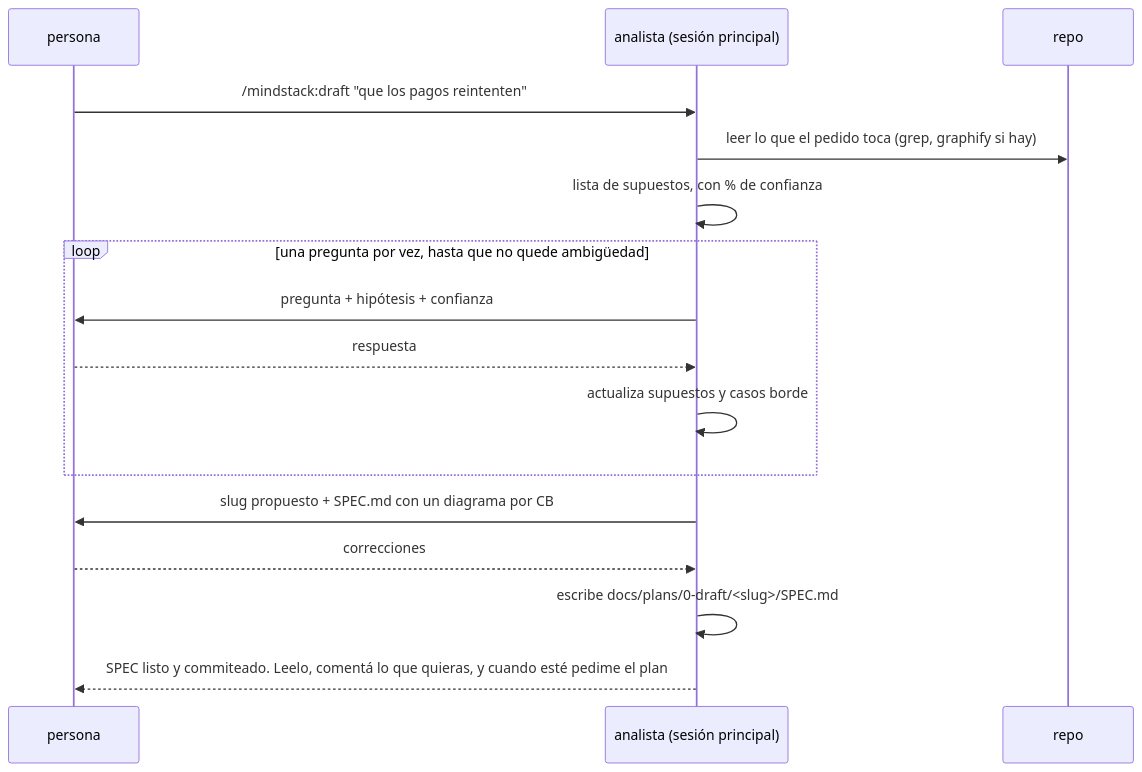
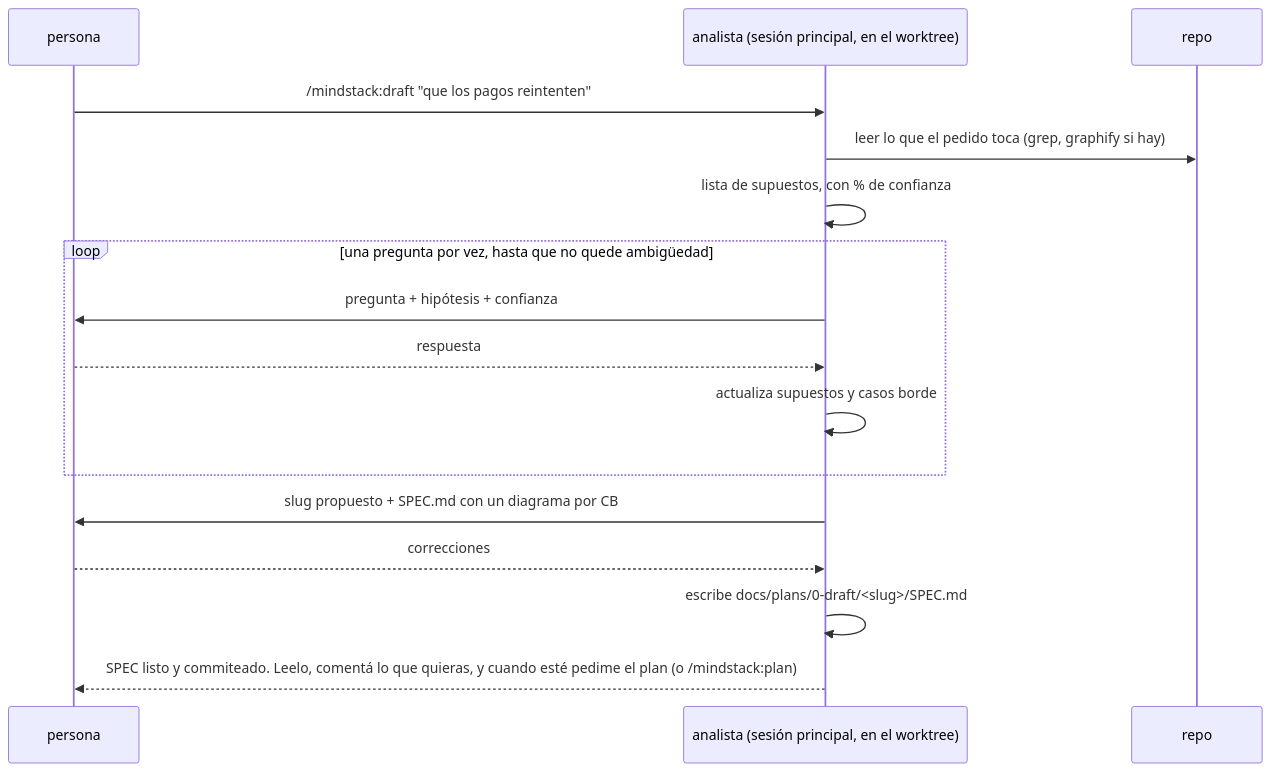
One commit to octavio-parozlabs/mindstack changed the first of 2 diagrams in skills/workflow/references/analyze.md. Above: the diagram before and after it, drawn with Mermaid. The commit also changed other lines of this file and 17 other files, not shown here.

````diff
--- a/skills/workflow/references/analyze.md
+++ b/skills/workflow/references/analyze.md
@@ -5,18 +5,18 @@
 ```mermaid
 sequenceDiagram
     participant P as persona
-    participant A as analista (sesión principal)
+    participant A as analista (sesión principal, en el worktree)
     participant R as repo
     P->>A: /mindstack:draft "que los pagos reintenten"
     A->>R: leer lo que el pedido toca (grep, graphify si hay)
     A->>A: lista de supuestos, con % de confianza
     loop una pregunta por vez, hasta que no quede ambigüedad
         A->>P: pregunta + hipótesis + confianza
         P-->>A: respuesta
         A->>A: actualiza supuestos y casos borde
     end
     A->>P: slug propuesto + SPEC.md con un diagrama por CB
     P-->>A: correcciones
     A->>A: escribe docs/plans/0-draft/<slug>/SPEC.md
-    A-->>P: SPEC listo y commiteado. Leelo, comentá lo que quieras, y cuando esté pedime el plan
+    A-->>P: SPEC listo y commiteado. Leelo, comentá lo que quieras, y cuando esté pedime el plan (o /mindstack:plan)
 ```
````
